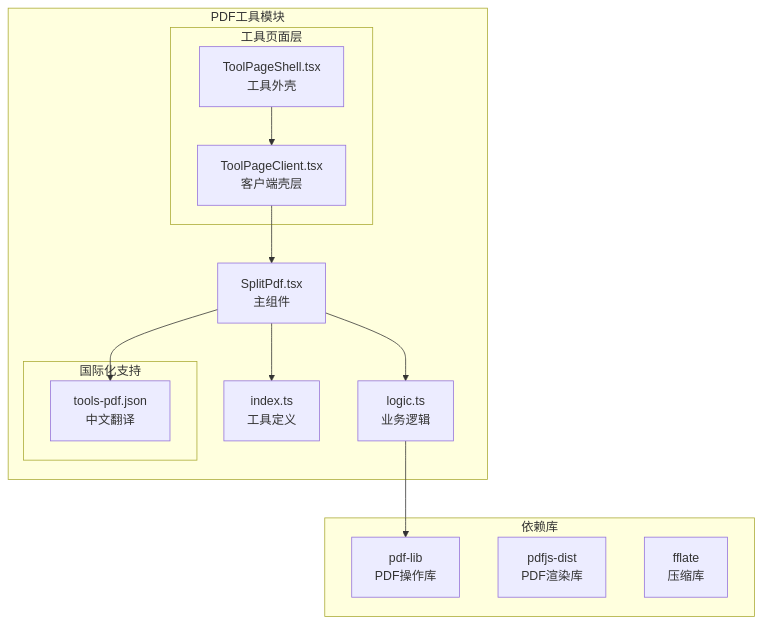
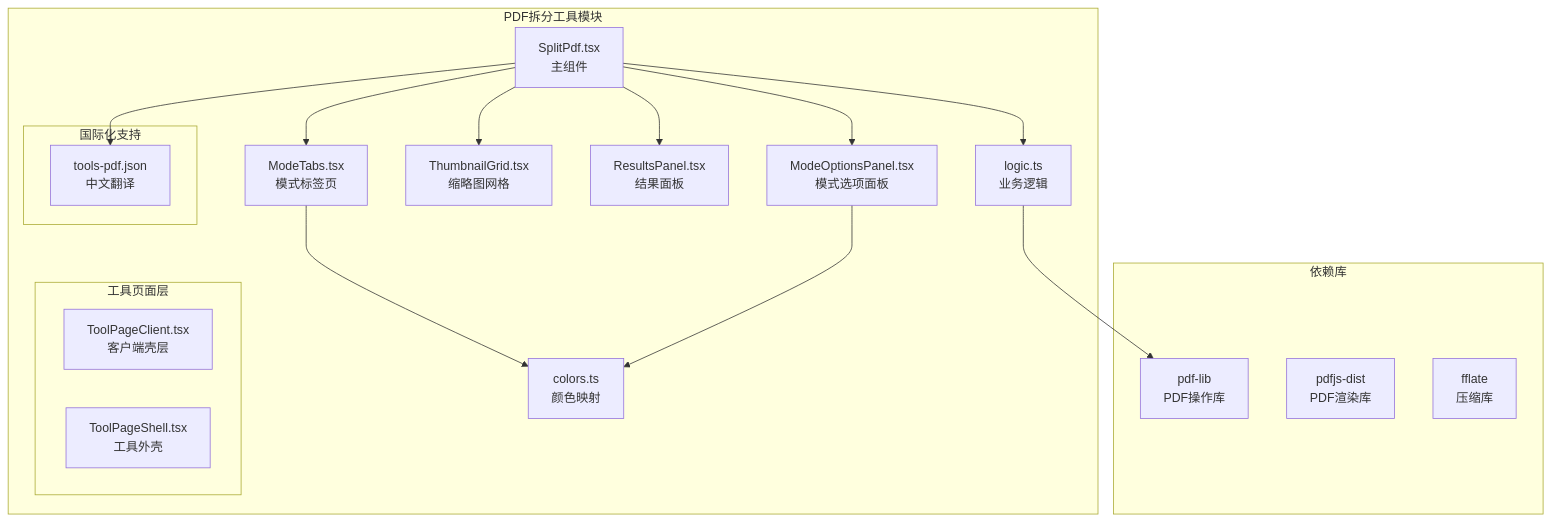
Before and after one commit to sgyy/privadeck: the first of 8 diagrams in .qoder/repowiki/zh/content/PDF工具/PDF拆分工具.md, drawn with Mermaid. The commit also changed other lines of this file and 4 other files, not shown here.

First line of the commit message:
feat(pdf-split): 升级拆分工具为七种拆分模式的复杂系统

````diff
--- a/.qoder/repowiki/zh/content/PDF工具/PDF拆分工具.md
+++ b/.qoder/repowiki/zh/content/PDF工具/PDF拆分工具.md
@@ -43,26 +56,33 @@
 ```mermaid
 graph TB
-subgraph "PDF工具模块"
+subgraph "PDF拆分工具模块"
 SplitPdf[SplitPdf.tsx<br/>主组件]
 SplitLogic[logic.ts<br/>业务逻辑]
-SplitIndex[index.ts<br/>工具定义]
+ModeTabs[ModeTabs.tsx<br/>模式标签页]
+ModeOptions[ModeOptionsPanel.tsx<br/>模式选项面板]
+ThumbnailGrid[ThumbnailGrid.tsx<br/>缩略图网格]
+ResultsPanel[ResultsPanel.tsx<br/>结果面板]
+Colors[colors.ts<br/>颜色映射]
 subgraph "工具页面层"
 ToolClient[ToolPageClient.tsx<br/>客户端壳层]
 ToolShell[ToolPageShell.tsx<br/>工具外壳]
 end
 subgraph "国际化支持"
 ToolsJson[tools-pdf.json<br/>中文翻译]
 end
 end
 subgraph "依赖库"
 PdfLib[pdf-lib<br/>PDF操作库]
 PdfJs[pdfjs-dist<br/>PDF渲染库]
 Fflate[fflate<br/>压缩库]
 end
 SplitPdf --> SplitLogic
-SplitPdf --> SplitIndex
-ToolClient --> SplitPdf
-ToolShell --> ToolClient
+SplitPdf --> ModeTabs
+SplitPdf --> ModeOptions
+SplitPdf --> ThumbnailGrid
+SplitPdf --> ResultsPanel
+ModeTabs --> Colors
+ModeOptions --> Colors
 SplitLogic --> PdfLib
 SplitPdf --> ToolsJson
 ```
````
